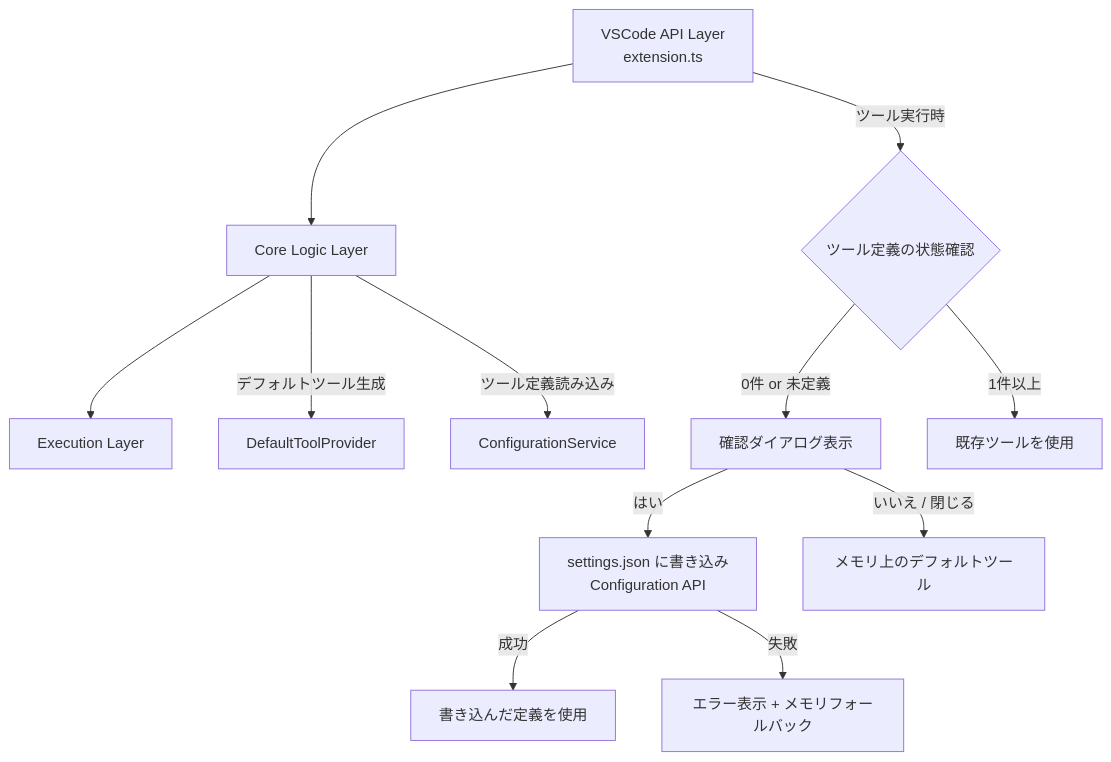
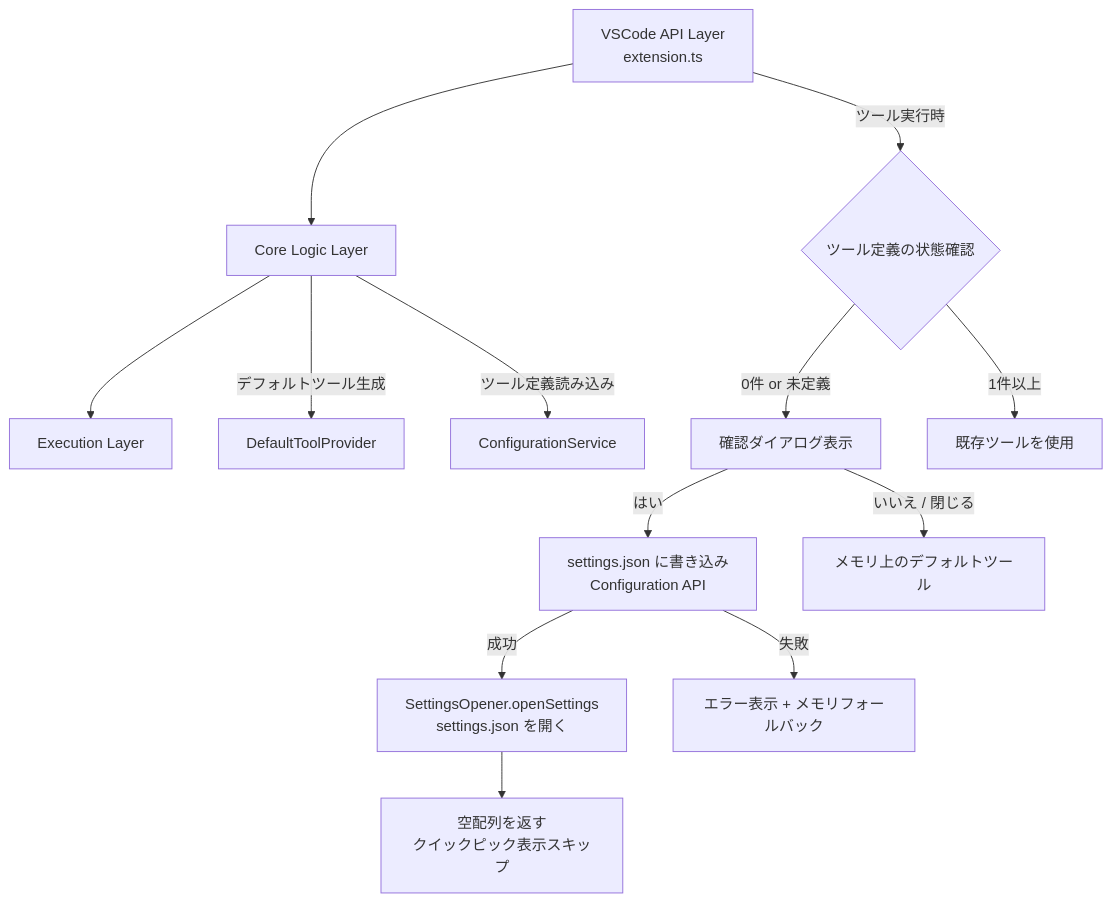
One commit to zbdk/ClickExec changed the first of 2 diagrams in .kiro/specs/features/default-tool-persistence/design.md. Above: the diagram before and after it, drawn with Mermaid. The commit also changed other lines of this file and 10 other files, not shown here.

````diff
--- a/.kiro/specs/features/default-tool-persistence/design.md
+++ b/.kiro/specs/features/default-tool-persistence/design.md
@@ -20,17 +20,18 @@
 ```mermaid
 graph TD
     A[VSCode API Layer<br/>extension.ts] --> B[Core Logic Layer]
     B --> C[Execution Layer]
 
     A -->|ツール実行時| D{ツール定義の状態確認}
     D -->|0件 or 未定義| E[確認ダイアログ表示]
     D -->|1件以上| F[既存ツールを使用]
 
     E -->|はい| G[settings.json に書き込み<br/>Configuration API]
     E -->|いいえ / 閉じる| H[メモリ上のデフォルトツール]
-    G -->|成功| I[書き込んだ定義を使用]
+    G -->|成功| I[SettingsOpener.openSettings<br/>settings.json を開く]
+    I --> I2[空配列を返す<br/>クイックピック表示スキップ]
     G -->|失敗| J[エラー表示 + メモリフォールバック]
 
     B -->|デフォルトツール生成| K[DefaultToolProvider]
     B -->|ツール定義読み込み| L[ConfigurationService]
 ```
````
